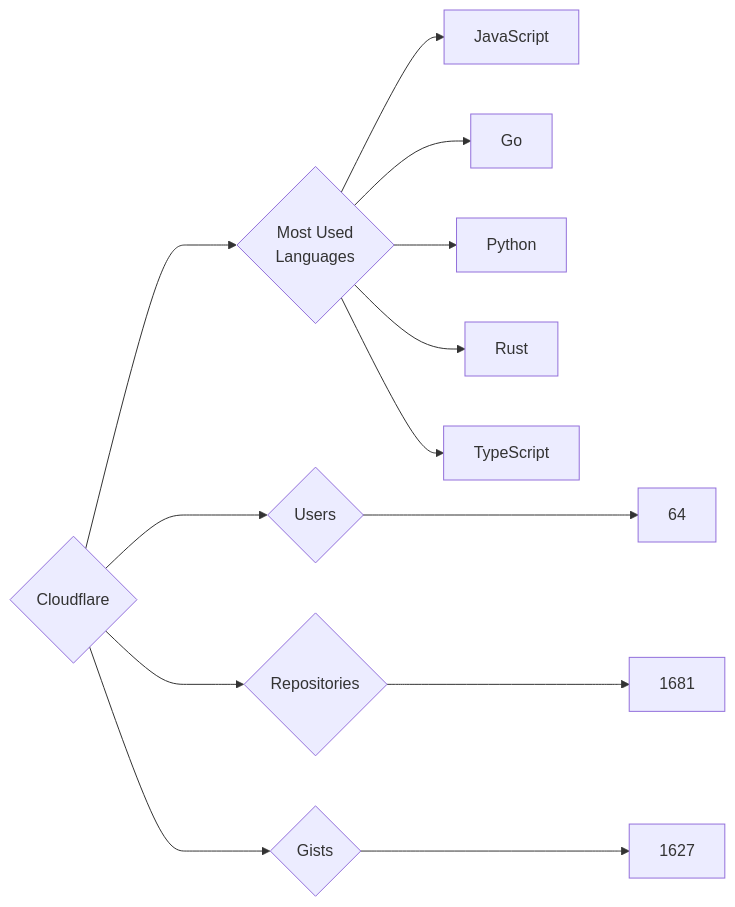
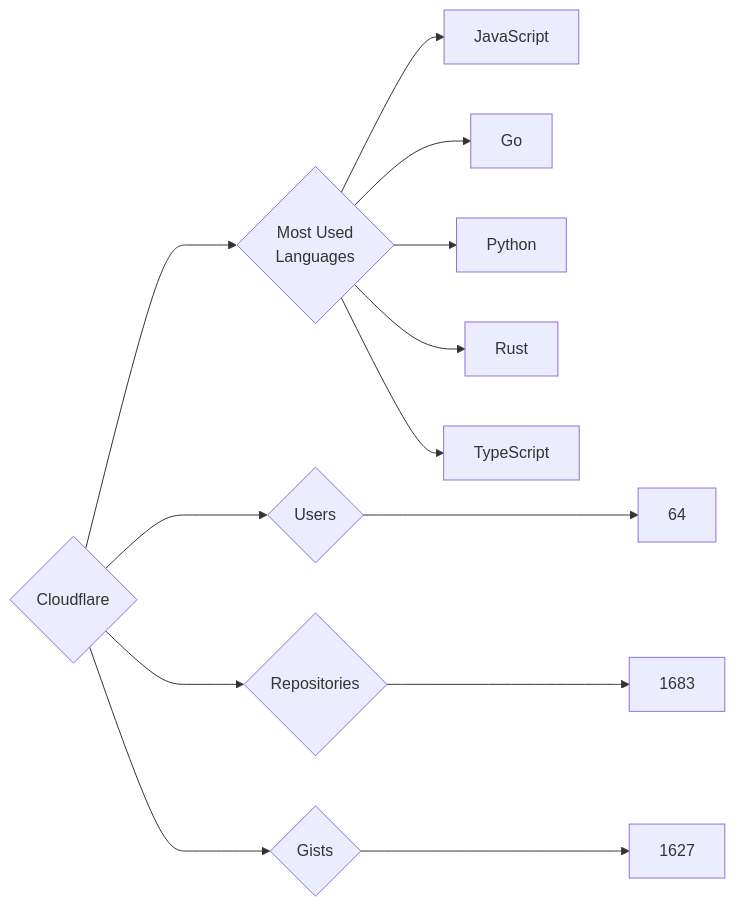
Before and after one commit to trickest/insiders: the diagram in targets/Cloudflare/README.md, drawn with Mermaid. The commit also changed 681 other files, not shown here.

````diff
--- a/targets/Cloudflare/README.md
+++ b/targets/Cloudflare/README.md
@@ -3,13 +3,13 @@
 ```mermaid
 graph LR
 COMPANY_NAME{Cloudflare}
 COMPANY_NAME ---> U{Users} ---> UN[64]
-COMPANY_NAME ---> R{Repositories} ---> RN[1681]
+COMPANY_NAME ---> R{Repositories} ---> RN[1683]
 COMPANY_NAME ---> G{Gists} ---> GN[1627]
 COMPANY_NAME ---> ML{Most Used<br>Languages}
 ML --> JavaScript[JavaScript]
 ML --> Go[Go]
 ML --> Python[Python]
 ML --> Rust[Rust]
 ML --> TypeScript[TypeScript]
 ```
````
